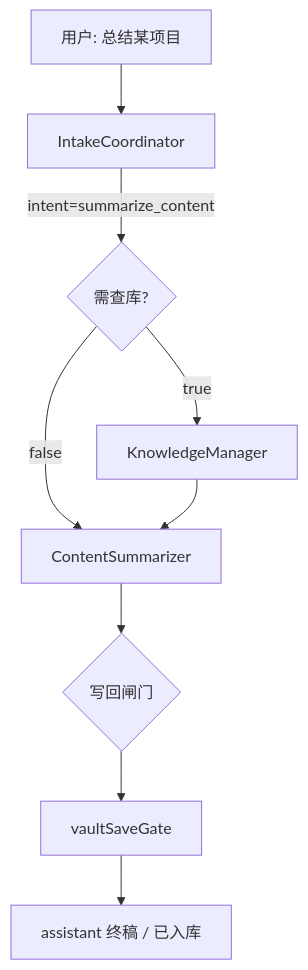
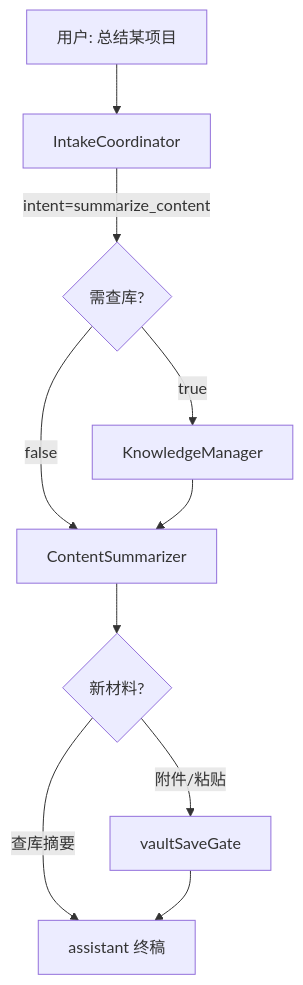
Before and after one commit to panzhanfei/agent: diagram 11 of 12 in docs/02-agent-flows.md, drawn with Mermaid. The commit also changed other lines of this file and 14 other files, not shown here.

Commit message:
vaultSaveGate 做业务功能上的收口

````diff
--- a/docs/02-agent-flows.md
+++ b/docs/02-agent-flows.md
@@ -536,11 +537,12 @@
 ```mermaid
 flowchart TD
   U[用户: 总结某项目] --> IC[IntakeCoordinator]
   IC -->|intent=summarize_content| R{需查库?}
   R -->|true| KM[KnowledgeManager]
   R -->|false| CS[ContentSummarizer]
   KM --> CS
-  CS --> GATE{写回闸门}
-  GATE --> VSG[vaultSaveGate]
-  VSG --> OUT[assistant 终稿 / 已入库]
+  CS --> GATE{新材料?}
+  GATE -->|附件/粘贴| VSG[vaultSaveGate]
+  GATE -->|查库摘要| OUT[assistant 终稿]
+  VSG --> OUT
 ```
````
